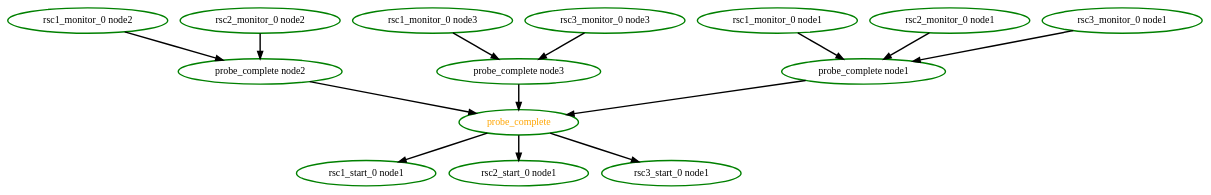
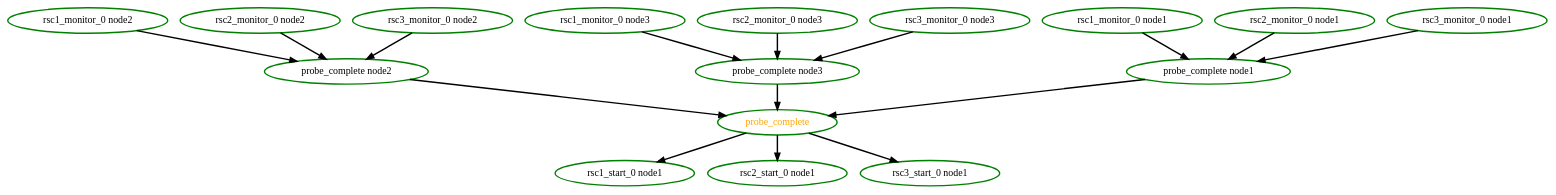
One commit to richiewen8/heartbeat changed the diagram in crm/pengine/testcases/coloc-loop.dot. Above: the diagram before and after it, drawn with Graphviz. The commit also changed 9 other files, not shown here.

```diff
--- a/crm/pengine/testcases/coloc-loop.dot
+++ b/crm/pengine/testcases/coloc-loop.dot
@@ -1,29 +1,33 @@
 digraph "g" {
 "probe_complete node1" -> "probe_complete" [ style = bold]
 "probe_complete node1" [ style=bold color="green" fontcolor="black"  ]
 "probe_complete node2" -> "probe_complete" [ style = bold]
 "probe_complete node2" [ style=bold color="green" fontcolor="black"  ]
 "probe_complete node3" -> "probe_complete" [ style = bold]
 "probe_complete node3" [ style=bold color="green" fontcolor="black"  ]
 "probe_complete" -> "rsc1_start_0 node1" [ style = bold]
 "probe_complete" -> "rsc2_start_0 node1" [ style = bold]
 "probe_complete" -> "rsc3_start_0 node1" [ style = bold]
 "probe_complete" [ style=bold color="green" fontcolor="orange"  ]
 "rsc1_monitor_0 node1" -> "probe_complete node1" [ style = bold]
 "rsc1_monitor_0 node1" [ style=bold color="green" fontcolor="black"  ]
 "rsc1_monitor_0 node2" -> "probe_complete node2" [ style = bold]
 "rsc1_monitor_0 node2" [ style=bold color="green" fontcolor="black"  ]
 "rsc1_monitor_0 node3" -> "probe_complete node3" [ style = bold]
 "rsc1_monitor_0 node3" [ style=bold color="green" fontcolor="black"  ]
 "rsc1_start_0 node1" [ style=bold color="green" fontcolor="black"  ]
 "rsc2_monitor_0 node1" -> "probe_complete node1" [ style = bold]
 "rsc2_monitor_0 node1" [ style=bold color="green" fontcolor="black"  ]
 "rsc2_monitor_0 node2" -> "probe_complete node2" [ style = bold]
 "rsc2_monitor_0 node2" [ style=bold color="green" fontcolor="black"  ]
+"rsc2_monitor_0 node3" -> "probe_complete node3" [ style = bold]
+"rsc2_monitor_0 node3" [ style=bold color="green" fontcolor="black"  ]
 "rsc2_start_0 node1" [ style=bold color="green" fontcolor="black"  ]
 "rsc3_monitor_0 node1" -> "probe_complete node1" [ style = bold]
 "rsc3_monitor_0 node1" [ style=bold color="green" fontcolor="black"  ]
+"rsc3_monitor_0 node2" -> "probe_complete node2" [ style = bold]
+"rsc3_monitor_0 node2" [ style=bold color="green" fontcolor="black"  ]
 "rsc3_monitor_0 node3" -> "probe_complete node3" [ style = bold]
 "rsc3_monitor_0 node3" [ style=bold color="green" fontcolor="black"  ]
 "rsc3_start_0 node1" [ style=bold color="green" fontcolor="black"  ]
 }
```
